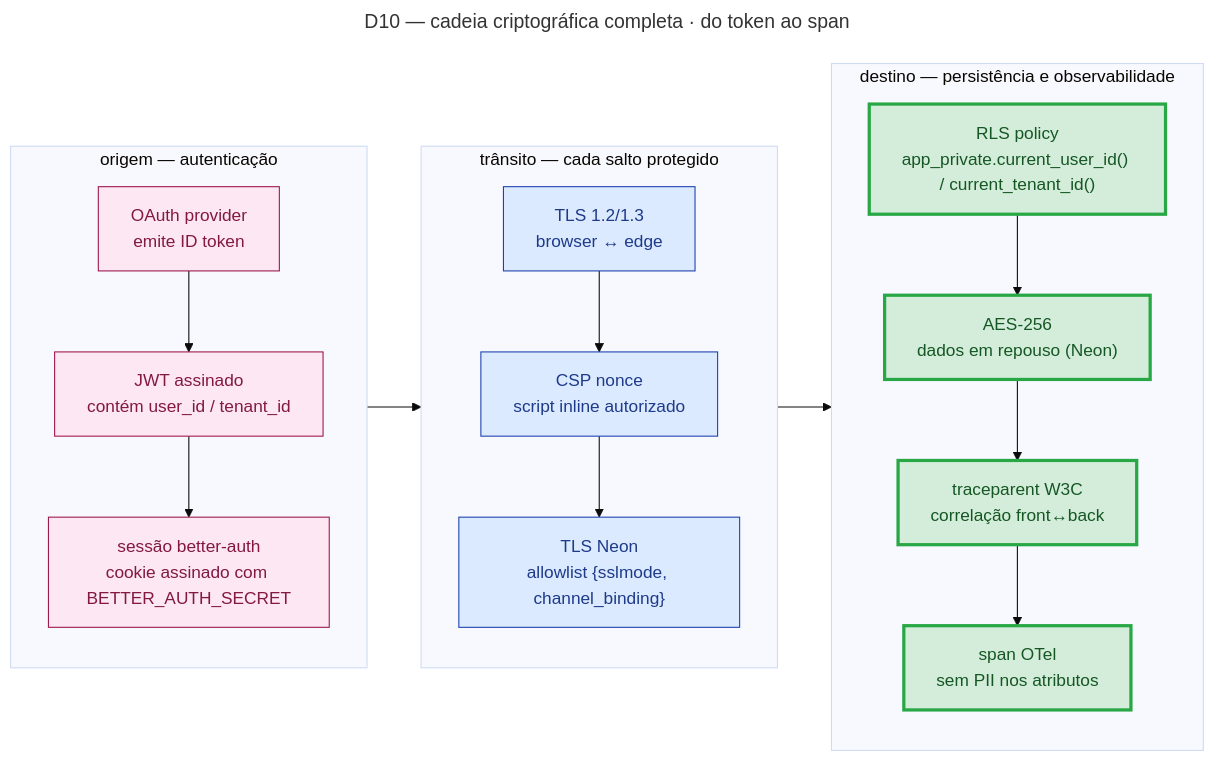
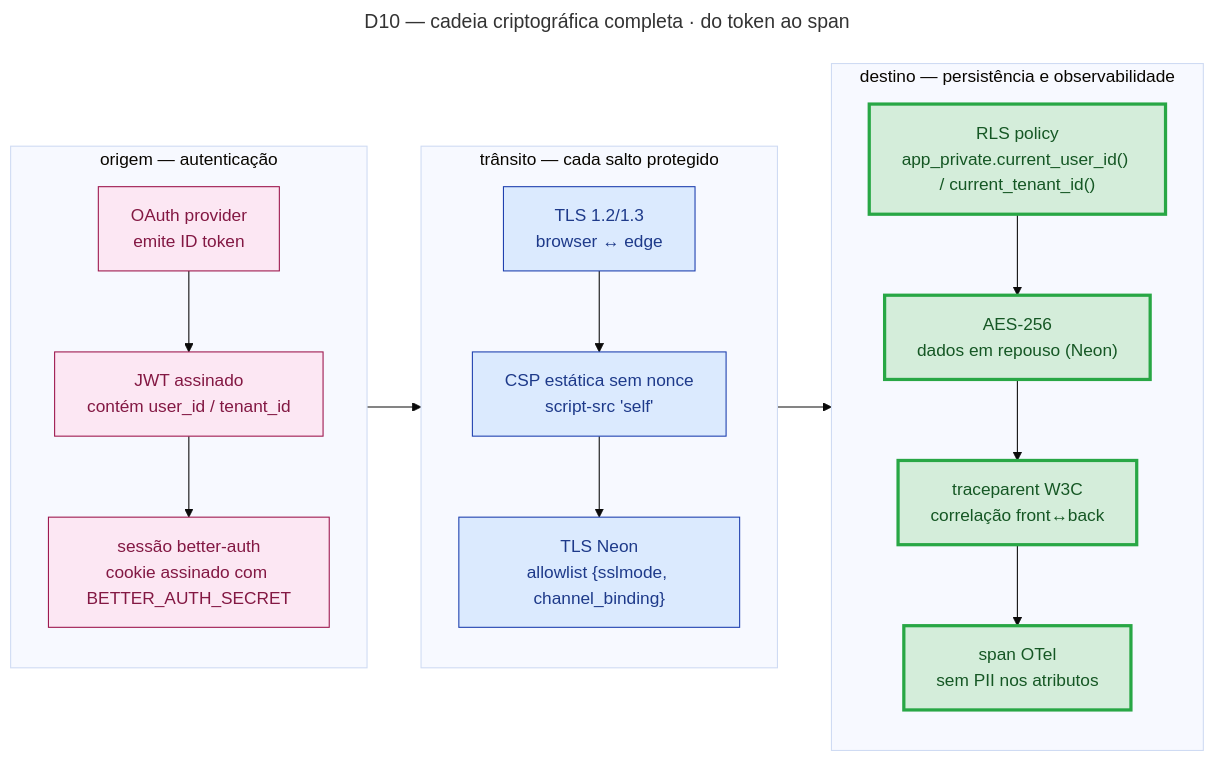
Before and after one commit to Douglas0101/preco-que-da-lucro: the tenth of 10 diagrams in docs/MAPA-OPERACIONAL.md, drawn with Mermaid (base theme). The commit also changed other lines of this file and 357 other files, not shown here.

````diff
--- a/docs/MAPA-OPERACIONAL.md
+++ b/docs/MAPA-OPERACIONAL.md
@@ -670,48 +675,48 @@
 ```mermaid
 ---
 title: "D10 — cadeia criptográfica completa · do token ao span"
 ---
 flowchart LR
     %% Cada nó é um artefato criptográfico. Cada aresta é um salto que DEVE ser verificado.
     %% Nenhum segredo em evidência; nenhum PII em span.
 
     subgraph ORIGEM["origem — autenticação"]
         direction TB
         OAUTH["OAuth provider<br/>emite ID token"]
         JWT["JWT assinado<br/>contém user_id / tenant_id"]
         SESSION["sessão better-auth<br/>cookie assinado com BETTER_AUTH_SECRET"]
     end
 
     subgraph TRANSITO["trânsito — cada salto protegido"]
         direction TB
         TLS_APP["TLS 1.2/1.3<br/>browser ↔ edge"]
-        CSP["CSP nonce<br/>script inline autorizado"]
+        CSP["CSP estática sem nonce<br/>script-src 'self'"]
         TLS_DB["TLS Neon<br/>allowlist {sslmode, channel_binding}"]
     end
 
     subgraph DESTINO["destino — persistência e observabilidade"]
         direction TB
         RLS["RLS policy<br/>app_private.current_user_id() / current_tenant_id()"]
         AES["AES-256<br/>dados em repouso (Neon)"]
         TRACE["traceparent W3C<br/>correlação front↔back"]
         SPAN["span OTel<br/>sem PII nos atributos"]
     end
 
     OAUTH --> JWT
     JWT --> SESSION
     SESSION --> TLS_APP
     TLS_APP --> CSP
     CSP --> TLS_DB
     TLS_DB --> RLS
     RLS --> AES
     AES --> TRACE
     TRACE --> SPAN
 
     classDef criptoOrigem fill:#fce7f3,stroke:#9d174d,color:#831843
     classDef criptoTransito fill:#dbeafe,stroke:#1e40af,color:#1e3a8a
     classDef criptoDestino fill:#d4edda,stroke:#28a745,color:#155724,stroke-width:3px
 
     class OAUTH,JWT,SESSION criptoOrigem
     class TLS_APP,CSP,TLS_DB criptoTransito
     class RLS,AES,TRACE,SPAN criptoDestino
 ```
````
